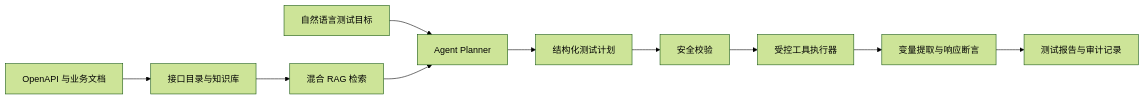
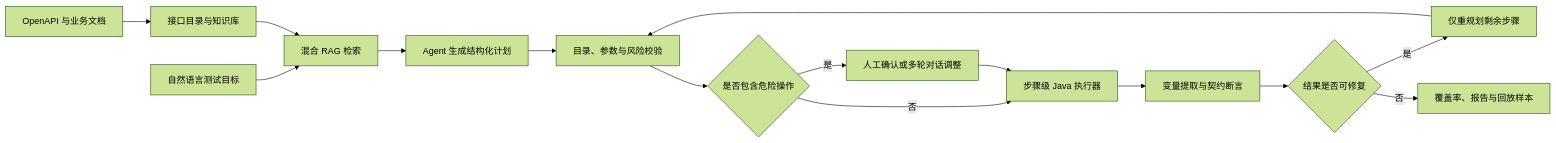
Before and after one commit to Dawdawqaq/api-pilot-agent: the diagram in README.md, drawn with Mermaid (forest theme). The commit also changed other lines of this file and 6 other files, not shown here.

````diff
--- a/README.md
+++ b/README.md
@@ -24,12 +36,17 @@
 ```mermaid
 flowchart LR
-    A[OpenAPI 与业务文档] --> B[接口目录与知识库]
-    U[自然语言测试目标] --> C[Agent Planner]
-    B --> D[混合 RAG 检索]
-    D --> C
-    C --> E[结构化测试计划]
-    E --> F[安全校验]
-    F --> G[受控工具执行器]
-    G --> H[变量提取与响应断言]
-    H --> I[测试报告与审计记录]
+    A["OpenAPI 与业务文档"] --> B["接口目录与知识库"]
+    U["自然语言测试目标"] --> C["混合 RAG 检索"]
+    B --> C
+    C --> D["Agent 生成结构化计划"]
+    D --> E["目录、参数与风险校验"]
+    E --> F{"是否包含危险操作"}
+    F -->|是| G["人工确认或多轮对话调整"]
+    F -->|否| H["步骤级 Java 执行器"]
+    G --> H
+    H --> I["变量提取与契约断言"]
+    I --> J{"结果是否可修复"}
+    J -->|是| K["仅重规划剩余步骤"]
+    K --> E
+    J -->|否| L["覆盖率、报告与回放样本"]
 ```
````
